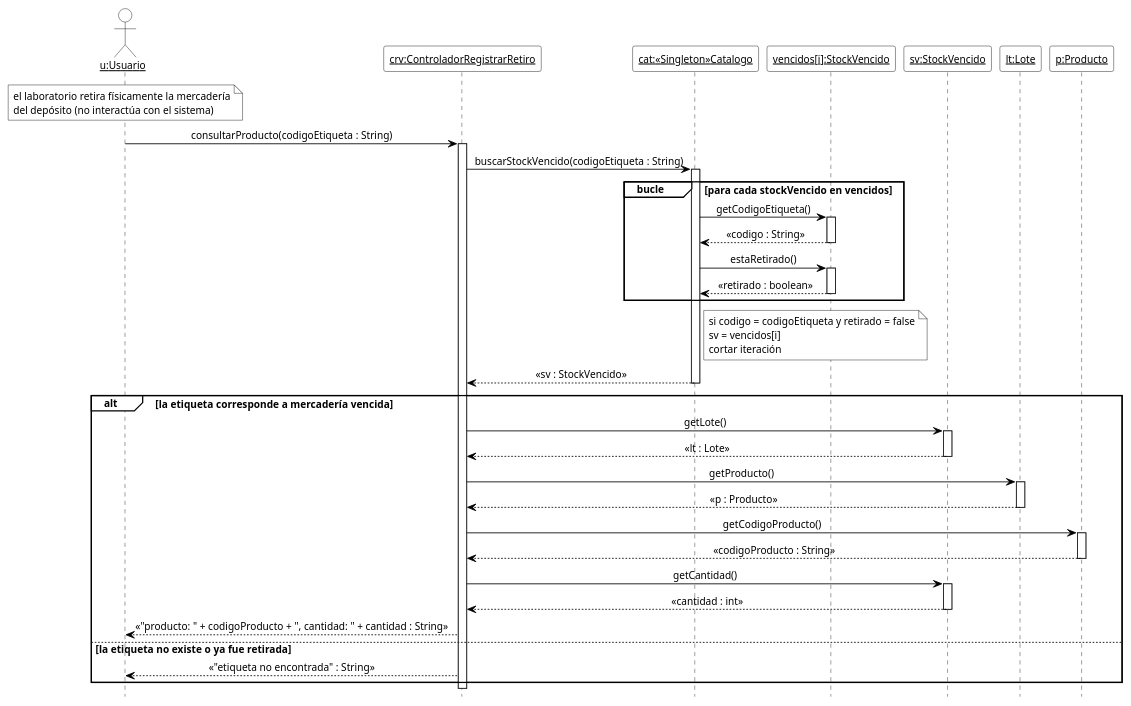
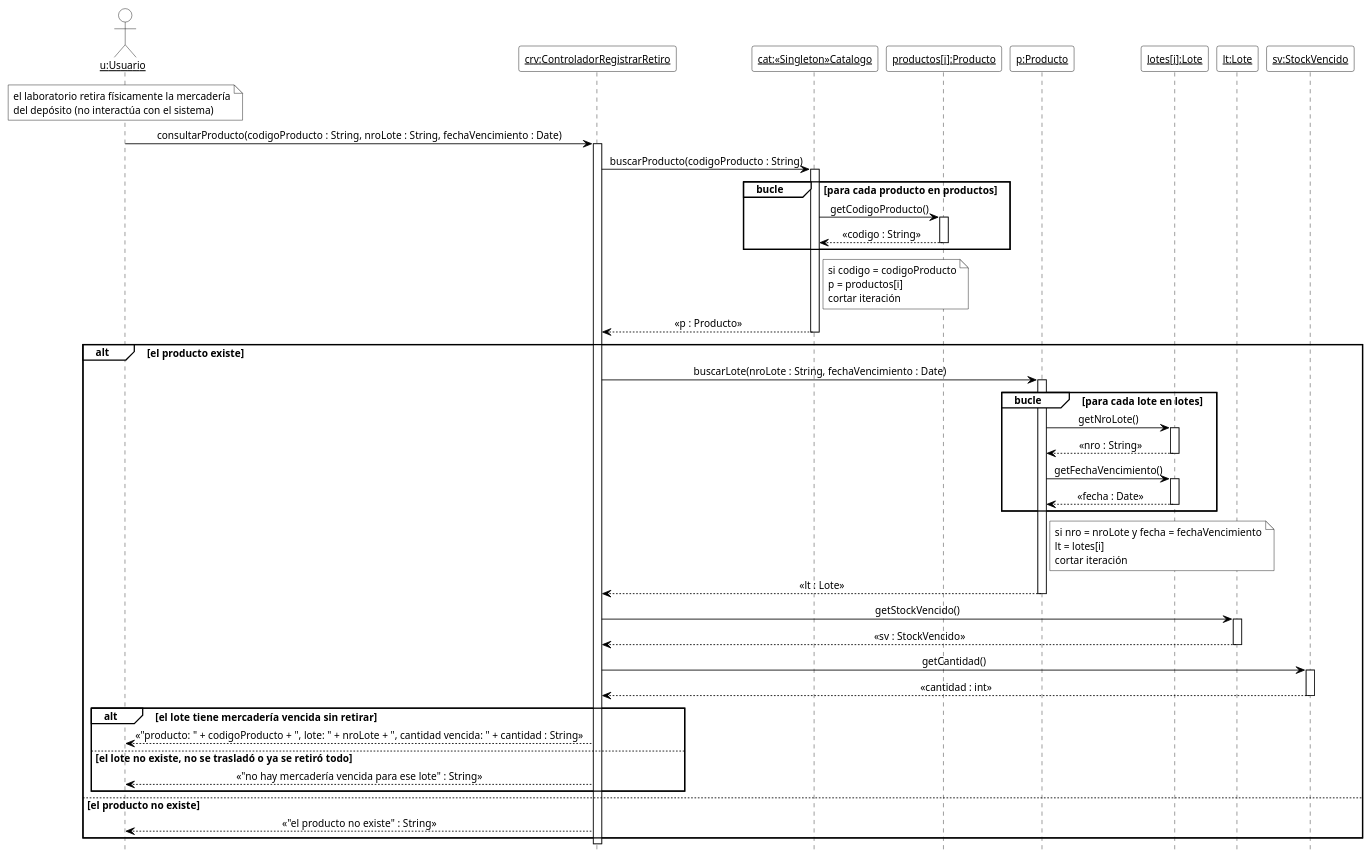
The diagram in 08-Diagrama De Secuencia/DSD_CU-07_consultarProducto.puml (cirotop/Stock-Project), drawn with PlantUML before and after one commit. The commit also changed 26 other files, not shown here.

```diff
--- a/08-Diagrama De Secuencia/DSD_CU-07_consultarProducto.puml
+++ b/08-Diagrama De Secuencia/DSD_CU-07_consultarProducto.puml
@@ -1,62 +1,74 @@
 @startuml DSD_CU-07_consultarProducto
 ' Diagrama de Secuencia de Diseño (DSD) - CU-07 Registrar retiro de mercadería vencida - consultarProducto
 ' Estilo de los ejemplos de la teoría (introducirArticulo / crearNuevaVenta).
 hide footbox
 skinparam shadowing false
 skinparam defaultFontName Arial
 skinparam defaultFontSize 12
 skinparam sequenceMessageAlign center
 skinparam ArrowColor black
 skinparam ParticipantBackgroundColor white
 skinparam ParticipantBorderColor black
 skinparam CollectionsBackgroundColor white
 skinparam CollectionsBorderColor black
 skinparam ActorBackgroundColor white
 skinparam ActorBorderColor black
 skinparam LifeLineBorderColor black
 skinparam LifeLineBackgroundColor white
 skinparam SequenceGroupBackgroundColor white
 skinparam SequenceGroupBorderColor black
 skinparam SequenceGroupHeaderFontColor black
 skinparam NoteBackgroundColor white
 skinparam NoteBorderColor black
 
 actor "<u>u:Usuario</u>" as u
 participant "<u>crv:ControladorRegistrarRetiro</u>" as crv
 participant "<u>cat:«Singleton»Catalogo</u>" as cat
-participant "<u>vencidos[i]:StockVencido</u>" as vi
+participant "<u>productos[i]:Producto</u>" as pi
+participant "<u>p:Producto</u>" as p
+participant "<u>lotes[i]:Lote</u>" as li
+participant "<u>lt:Lote</u>" as lt
 participant "<u>sv:StockVencido</u>" as sv
-participant "<u>lt:Lote</u>" as lt
-participant "<u>p:Producto</u>" as p
 
 note over u : el laboratorio retira físicamente la mercadería\ndel depósito (no interactúa con el sistema)
-u -> crv ++ : consultarProducto(codigoEtiqueta : String)
-crv -> cat ++ : buscarStockVencido(codigoEtiqueta : String)
-group bucle [para cada stockVencido en vencidos]
-  cat -> vi ++ : getCodigoEtiqueta()
-  vi --> cat -- : «codigo : String»
-  cat -> vi ++ : estaRetirado()
-  vi --> cat -- : «retirado : boolean»
+u -> crv ++ : consultarProducto(codigoProducto : String, nroLote : String, fechaVencimiento : Date)
+crv -> cat ++ : buscarProducto(codigoProducto : String)
+group bucle [para cada producto en productos]
+  cat -> pi ++ : getCodigoProducto()
+  pi --> cat -- : «codigo : String»
 end
 note right of cat
-  si codigo = codigoEtiqueta y retirado = false
-  sv = vencidos[i]
+  si codigo = codigoProducto
+  p = productos[i]
   cortar iteración
 end note
-cat --> crv -- : «sv : StockVencido»
-alt la etiqueta corresponde a mercadería vencida
-  crv -> sv ++ : getLote()
-  sv --> crv -- : «lt : Lote»
-  crv -> lt ++ : getProducto()
-  lt --> crv -- : «p : Producto»
-  crv -> p ++ : getCodigoProducto()
-  p --> crv -- : «codigoProducto : String»
+cat --> crv -- : «p : Producto»
+alt el producto existe
+  crv -> p ++ : buscarLote(nroLote : String, fechaVencimiento : Date)
+  group bucle [para cada lote en lotes]
+    p -> li ++ : getNroLote()
+    li --> p -- : «nro : String»
+    p -> li ++ : getFechaVencimiento()
+    li --> p -- : «fecha : Date»
+  end
+  note right of p
+    si nro = nroLote y fecha = fechaVencimiento
+    lt = lotes[i]
+    cortar iteración
+  end note
+  p --> crv -- : «lt : Lote»
+  crv -> lt ++ : getStockVencido()
+  lt --> crv -- : «sv : StockVencido»
   crv -> sv ++ : getCantidad()
   sv --> crv -- : «cantidad : int»
-  crv --> u : «"producto: " + codigoProducto + ", cantidad: " + cantidad : String»
-else la etiqueta no existe o ya fue retirada
-  crv --> u : «"etiqueta no encontrada" : String»
+  alt el lote tiene mercadería vencida sin retirar
+    crv --> u : «"producto: " + codigoProducto + ", lote: " + nroLote + ", cantidad vencida: " + cantidad : String»
+  else el lote no existe, no se trasladó o ya se retiró todo
+    crv --> u : «"no hay mercadería vencida para ese lote" : String»
+  end
+else el producto no existe
+  crv --> u : «"el producto no existe" : String»
 end
 deactivate crv
 
 @enduml
```
